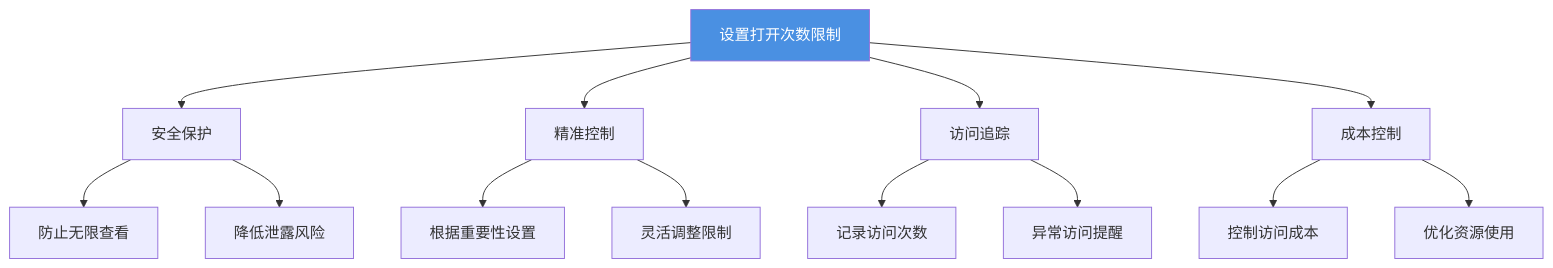
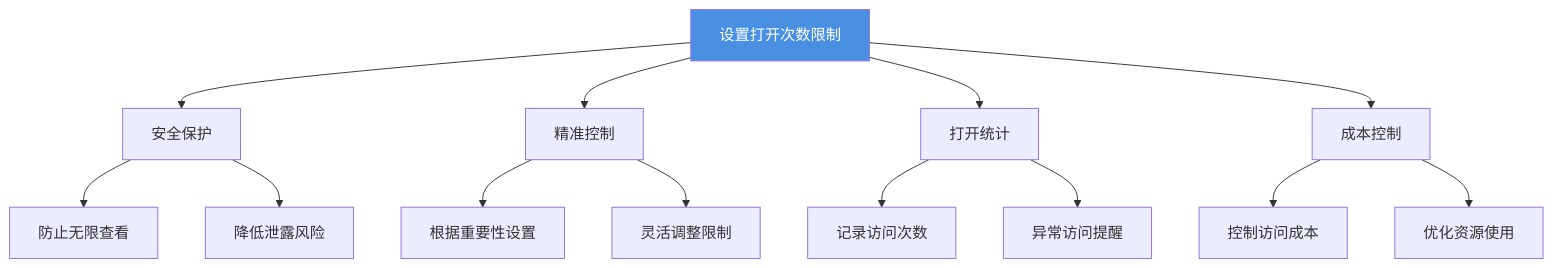
The first of 5 diagrams in src/content/blog/cn/pdf-set-view-count-limit-guide.md (mythenigma/cloudflareAstro), drawn with Mermaid before and after one commit. The commit also changed other lines of this file and 353 other files, not shown here.

````diff
--- a/src/content/blog/cn/pdf-set-view-count-limit-guide.md
+++ b/src/content/blog/cn/pdf-set-view-count-limit-guide.md
@@ -45,21 +45,21 @@
 ```mermaid
 graph TD
     A[设置打开次数限制] --> B[安全保护]
     A --> C[精准控制]
-    A --> D[访问追踪]
+    A --> D[打开统计]
     A --> E[成本控制]
     
     B --> B1[防止无限查看]
     B --> B2[降低泄露风险]
     
     C --> C1[根据重要性设置]
     C --> C2[灵活调整限制]
     
     D --> D1[记录访问次数]
     D --> D2[异常访问提醒]
     
     E --> E1[控制访问成本]
     E --> E2[优化资源使用]
     
     style A fill:#4A90E2,color:#fff
 ```
````
